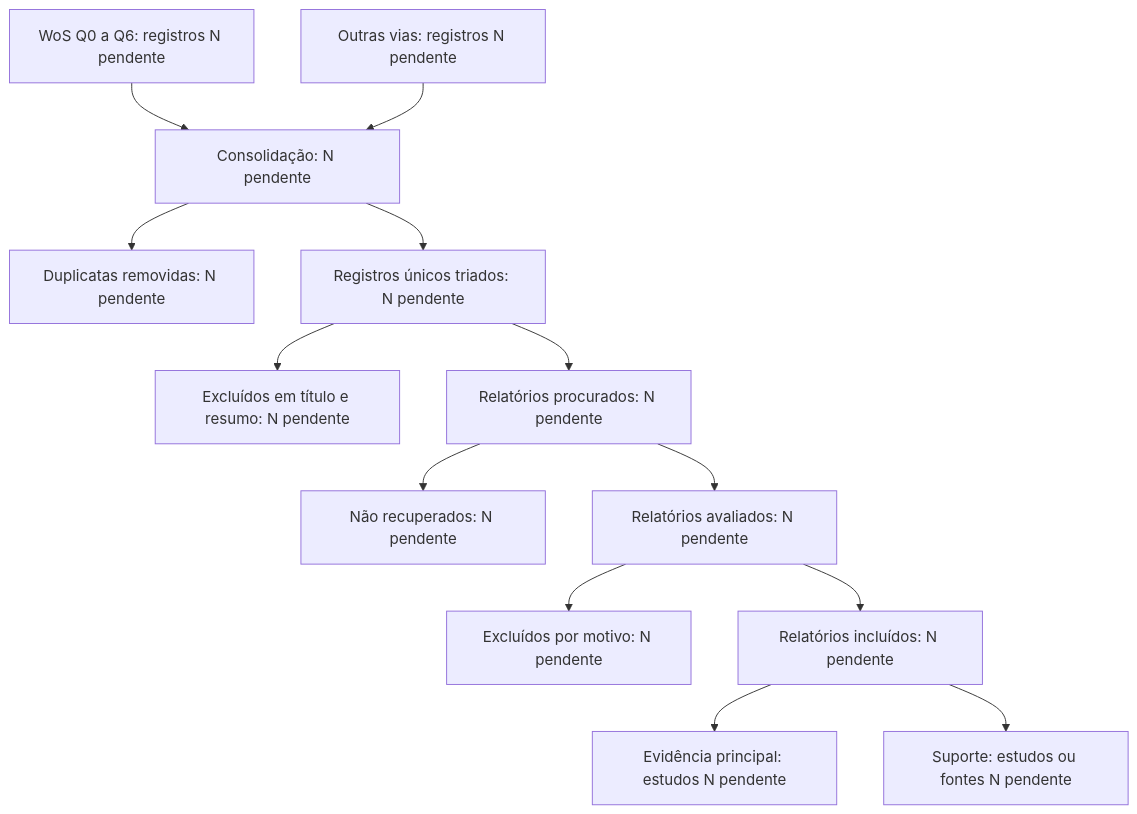
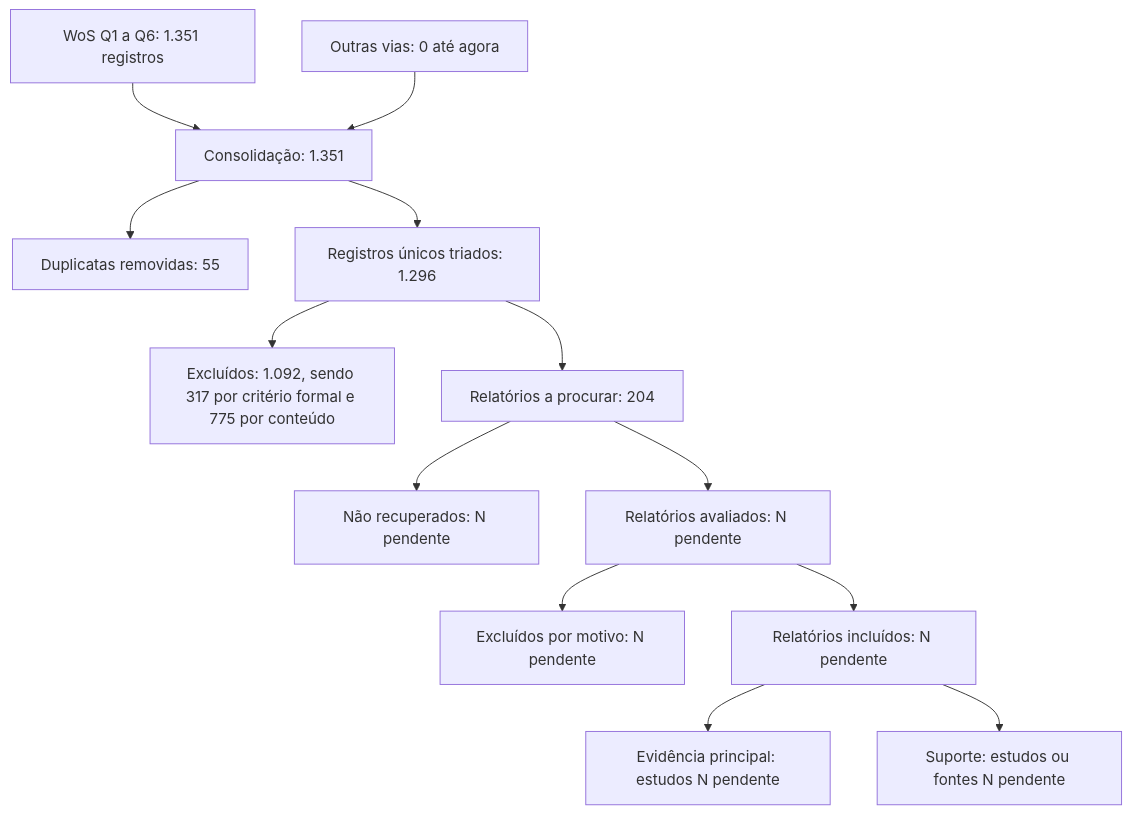
Before and after one commit to Arthur0311/dissertacao-ecl-ml: the diagram in docs/revisao/fluxo-prisma.md, drawn with Mermaid. The commit also changed other lines of this file and 10 other files, not shown here.

````diff
--- a/docs/revisao/fluxo-prisma.md
+++ b/docs/revisao/fluxo-prisma.md
@@ -7,15 +7,15 @@
 ```mermaid
 flowchart TD
-    A["WoS Q0 a Q6: registros N pendente"] --> C["Consolidação: N pendente"]
-    B["Outras vias: registros N pendente"] --> C
-    C --> D["Duplicatas removidas: N pendente"]
-    C --> E["Registros únicos triados: N pendente"]
-    E --> F["Excluídos em título e resumo: N pendente"]
-    E --> G["Relatórios procurados: N pendente"]
+    A["WoS Q1 a Q6: 1.351 registros"] --> C["Consolidação: 1.351"]
+    B["Outras vias: 0 até agora"] --> C
+    C --> D["Duplicatas removidas: 55"]
+    C --> E["Registros únicos triados: 1.296"]
+    E --> F["Excluídos: 1.092, sendo 317 por critério formal e 775 por conteúdo"]
+    E --> G["Relatórios a procurar: 204"]
     G --> H["Não recuperados: N pendente"]
     G --> I["Relatórios avaliados: N pendente"]
     I --> J["Excluídos por motivo: N pendente"]
     I --> K["Relatórios incluídos: N pendente"]
     K --> L["Evidência principal: estudos N pendente"]
     K --> M["Suporte: estudos ou fontes N pendente"]
 ```
````
